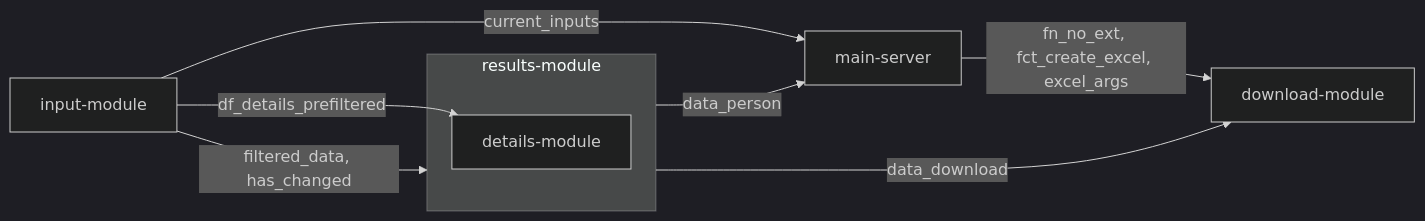
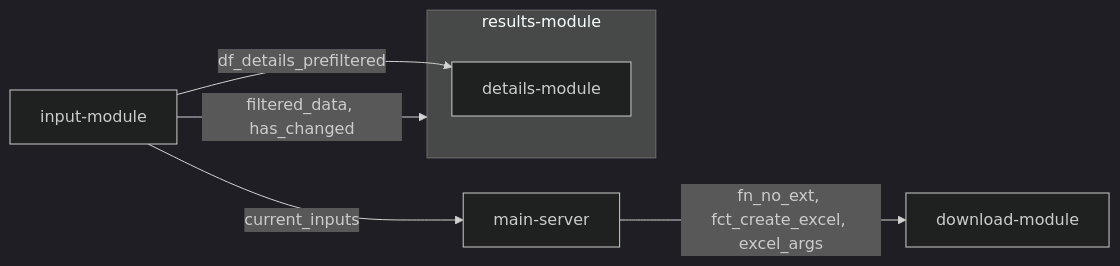
Before and after one commit to StatistikStadtZuerich/kali-tool: the diagram in README.md, drawn with Mermaid (dark theme).

Commit message:
remove obsolete results outputs from mermaid graph

````diff
--- a/README.md
+++ b/README.md
@@ -29,12 +29,10 @@
 ```mermaid
 flowchart LR;
   input-module-- filtered_data, has_changed -->results-module
   input-module-- current_inputs -->main-server
   main-server-- fn_no_ext, fct_create_excel, excel_args -->download-module
-  results-module-- data_download -->download-module
-  results-module-- data_person -->main-server
   subgraph results-module
   details-module
   end
   input-module-- df_details_prefiltered -->details-module
 ```
````
